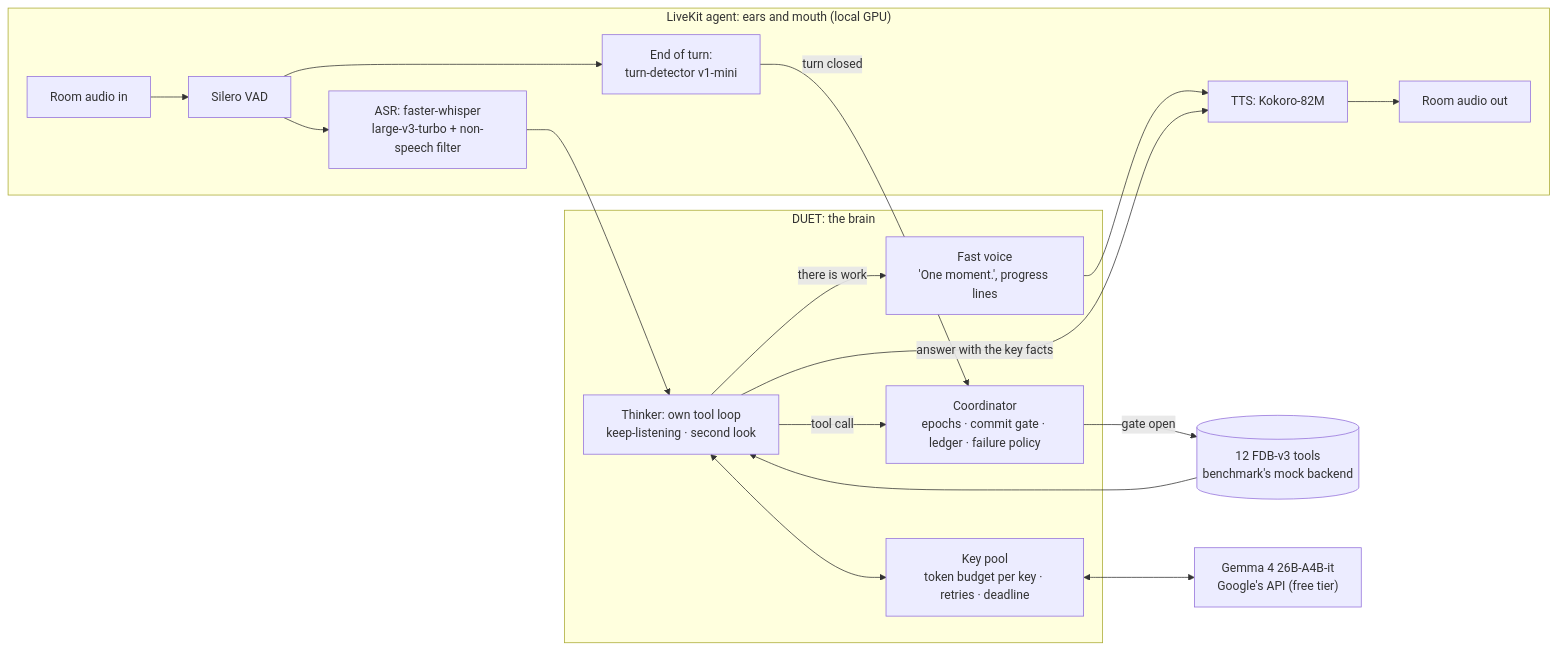
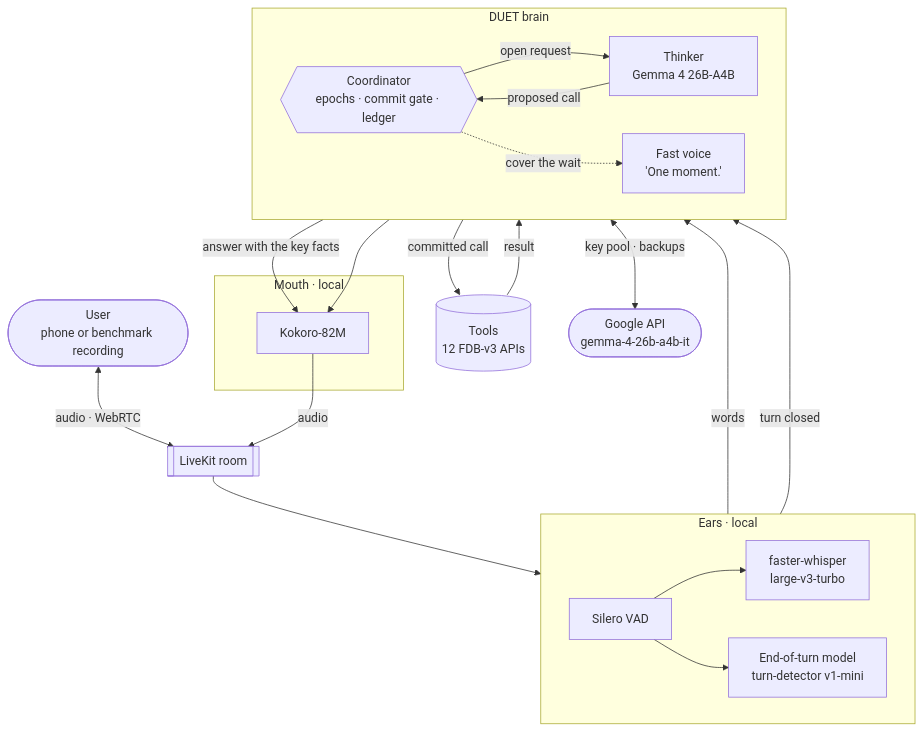
Before and after one commit to tannnmayy/DUET-SAMSUNGPRISM-HACKATHON-TEAM-SE7EN: the first of 6 diagrams in README.md, drawn with Mermaid. The commit also changed other lines of this file and 51 other files, not shown here.

First line of the commit message:
Documentation rewritten around the final system: architecture with diagrams, engineering notes, the extension on Gemma 4

````diff
--- a/README.md
+++ b/README.md
@@ -57,25 +43,35 @@
 ```mermaid
-flowchart LR
-    subgraph LiveKit["LiveKit agent: ears and mouth (local GPU)"]
-        A[Room audio in] --> V[Silero VAD]
-        V --> S["ASR: faster-whisper<br/>large-v3-turbo + non-speech filter"]
-        V --> E["End of turn:<br/>turn-detector v1-mini"]
-        TTS["TTS: Kokoro-82M"] --> O[Room audio out]
+flowchart TB
+    U(["User<br/>phone or benchmark recording"]) <-->|"audio · WebRTC"| ROOM[["LiveKit room"]]
+    ROOM --> VAD
+
+    subgraph EARS["Ears · local"]
+        direction LR
+        VAD["Silero VAD"] --> ASR["faster-whisper<br/>large-v3-turbo"]
+        VAD --> EOT["End-of-turn model<br/>turn-detector v1-mini"]
     end
-    subgraph DUET["DUET: the brain"]
-        F["Fast voice<br/>'One moment.', progress lines"]
-        K["Thinker: own tool loop<br/>keep-listening · second look"]
-        C["Coordinator<br/>epochs · commit gate · ledger · failure policy"]
-        P["Key pool<br/>token budget per key · retries · deadline"]
+
+    ASR -->|words| COORD
+    EOT -->|turn closed| COORD
+
+    subgraph BRAIN["DUET brain"]
+        direction LR
+        FAST["Fast voice<br/>'One moment.'"]
+        COORD{{"Coordinator<br/>epochs · commit gate · ledger"}}
+        THINK["Thinker<br/>Gemma 4 26B-A4B"]
+        COORD -->|"open request"| THINK
+        THINK -->|"proposed call"| COORD
+        COORD -.->|"cover the wait"| FAST
     end
-    S --> K
-    E -->|turn closed| C
-    K -->|tool call| C
-    C -->|gate open| B[(12 FDB-v3 tools<br/>benchmark's mock backend)]
-    B --> K
-    K -->|there is work| F
-    F --> TTS
-    K -->|answer with the key facts| TTS
-    K <--> P
-    P <--> G["Gemma 4 26B-A4B-it<br/>Google's API (free tier)"]
+
+    COORD -->|"committed call"| TOOLS[("Tools<br/>12 FDB-v3 APIs")]
+    TOOLS -->|result| THINK
+    THINK <-->|"key pool · backups"| API(["Google API<br/>gemma-4-26b-a4b-it"])
+    THINK -->|"answer with the key facts"| TTS
+    FAST --> TTS
+
+    subgraph MOUTH["Mouth · local"]
+        TTS["Kokoro-82M"]
+    end
+    TTS -->|audio| ROOM
 ```
````
